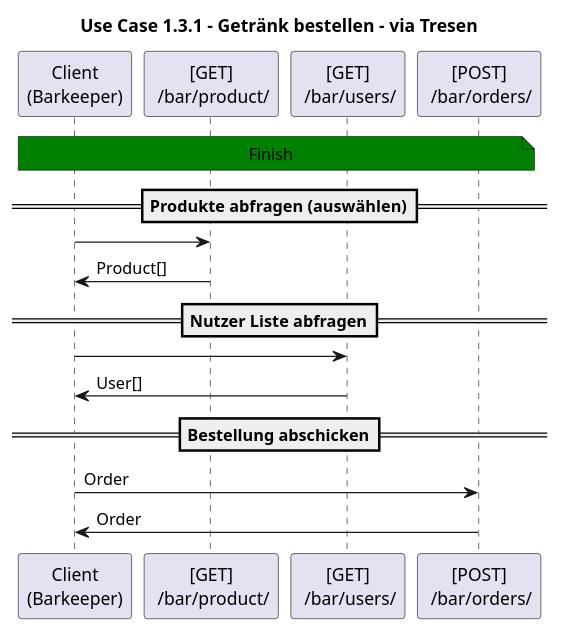
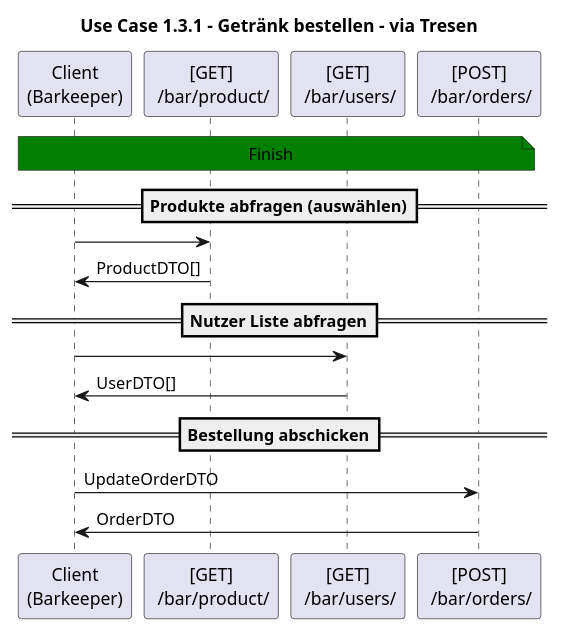
One commit to Mankianer/TresenSystem changed the sixth of 7 diagrams in docs/api-sequence-diagram/UseCase/Use-Case_1.puml. Above: the diagram before and after it, drawn with PlantUML. The commit also changed other lines of this file and 4 other files, not shown here.

```diff
--- a/docs/api-sequence-diagram/UseCase/Use-Case_1.puml
+++ b/docs/api-sequence-diagram/UseCase/Use-Case_1.puml
@@ -58,16 +58,16 @@
 @startuml
 title Use Case 1.3.1 - Getränk bestellen - via Tresen
 note across #green: Finish
 
 ==Produkte abfragen (auswählen)==
 "Client\n(Barkeeper)" -> "[GET]\n /bar/product/":
-"Client\n(Barkeeper)" <- "[GET]\n /bar/product/": Product[]
+"Client\n(Barkeeper)" <- "[GET]\n /bar/product/": ProductDTO[]
 
 ==Nutzer Liste abfragen==
 "Client\n(Barkeeper)" -> "[GET]\n /bar/users/":
-"Client\n(Barkeeper)" <- "[GET]\n /bar/users/": User[]
+"Client\n(Barkeeper)" <- "[GET]\n /bar/users/": UserDTO[]
 
 ==Bestellung abschicken==
-"Client\n(Barkeeper)" -> "[POST]\n /bar/orders/": Order
-"Client\n(Barkeeper)" <- "[POST]\n /bar/orders/": Order
+"Client\n(Barkeeper)" -> "[POST]\n /bar/orders/": UpdateOrderDTO
+"Client\n(Barkeeper)" <- "[POST]\n /bar/orders/": OrderDTO
 @enduml
```
